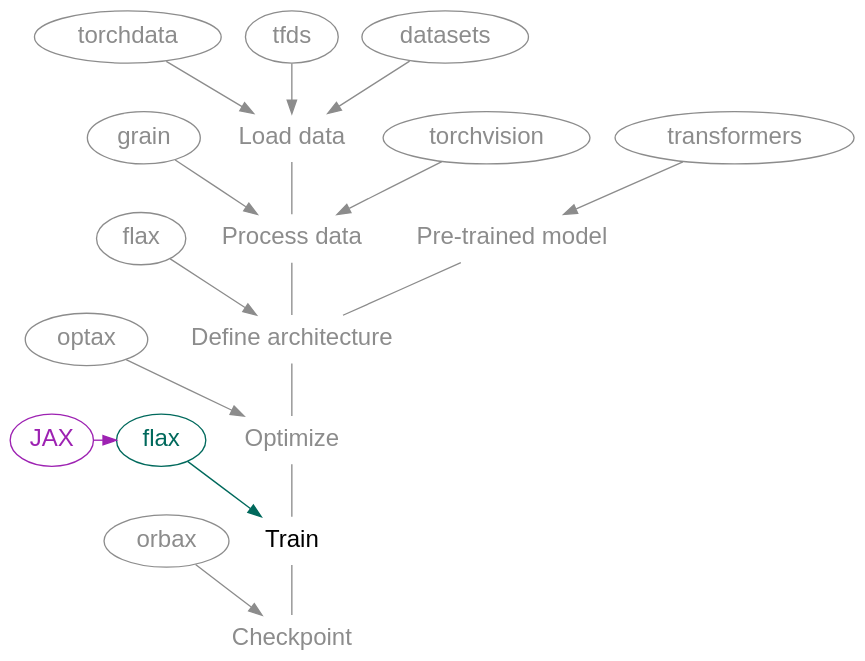
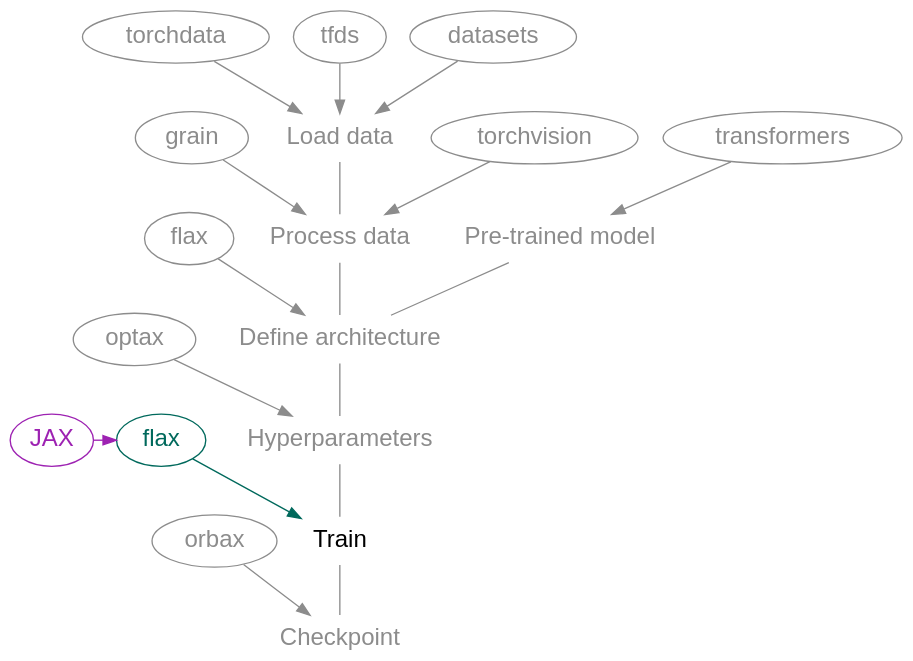
One commit to WestDRI/arc-training changed the diagram in ai/jxai/fl_finetune.qmd. Above: the diagram before and after it, drawn with Graphviz. The commit also changed 6 other files, not shown here.

Commit message:
edit all graphs with a minor word change

````diff
--- a/ai/jxai/fl_finetune.qmd
+++ b/ai/jxai/fl_finetune.qmd
@@ -24,59 +24,59 @@
 ```{dot}
 //| echo: false
 //| fig-width: 700px
 
 digraph {
 
 bgcolor="transparent"
 node [fontname="Inconsolata, sans-serif", color=gray55, fontsize="18pt"]
 edge [color=gray55]
 
 load [label="Load data", shape=plaintext, group=g1, fontcolor=gray55]
 proc [label="Process data", shape=plaintext, group=g1, fontcolor=gray55]
 nn [label="Define architecture", shape=plaintext, group=g1, fontcolor=gray55]
 pretr [label="Pre-trained model", shape=plaintext, group=g1, fontcolor=gray55]
-opt [label="Optimize", shape=plaintext, group=g1, fontcolor=gray55]
+opt [label="Hyperparameters", shape=plaintext, group=g1, fontcolor=gray55]
 train [label="Train", shape=plaintext, group=g1]
 cp [label="Checkpoint", shape=plaintext, group=g1, fontcolor=gray55]
 
 pt [label=torchdata, fontcolor=gray55, color=gray55]
 tfds [label=tfds, group=g2, fontcolor=gray55, color=gray55]
 dt [label=datasets, fontcolor=gray55, color=gray55]
 
 gr [label=grain, fontcolor=gray55, color=gray55]
 tv [label=torchvision, fontcolor=gray55, color=gray55]
 
 tr [label=transformers, fontcolor=gray55, color=gray55]
 
 fl1 [label=flax, group=g2, fontcolor=gray55, color=gray55]
 fl2 [label=flax, group=g2, fontcolor="#00695C", color="#00695C"]
 
 oa [label=optax, group=g2, fontcolor=gray55, color=gray55]
 
 jx [label="JAX", fontcolor="#9D22B2", color="#9D22B2"]
 
 ob [label=orbax, group=g2, fontcolor=gray55, color=gray55]
 
 {rank=same; gr load tv tr}
 gr -> load -> tv -> tr [style=invis]
 
 {rank=same; fl1 proc pretr}
 fl1 -> proc -> pretr [style=invis]
 
 {rank=same; jx fl2 opt}
 fl1 -> proc -> pretr [style=invis]
 
 {pt tfds dt} -> load [color=gray55]
 {gr tv} -> proc [color=gray55]
 fl1 -> nn [color=gray55]
 pretr -> nn [dir=none]
 tr -> pretr [color=gray55]
 oa -> opt [color=gray55]
 jx -> fl2 [color="#9D22B2"]
 fl2 -> train [color="#00695C"]
 ob -> cp [color=gray55]
 
 load -> proc -> nn -> opt -> train -> cp [dir=none]
 
 }
 ```
````
